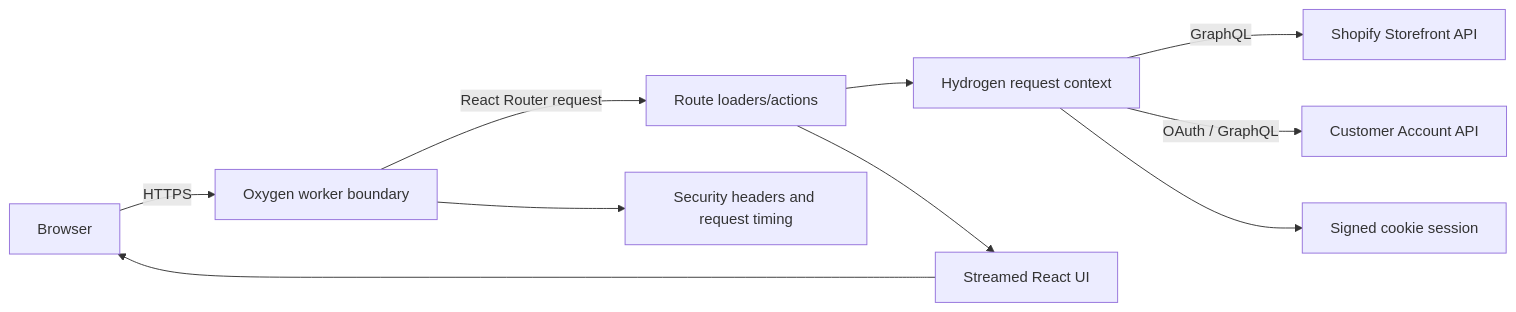
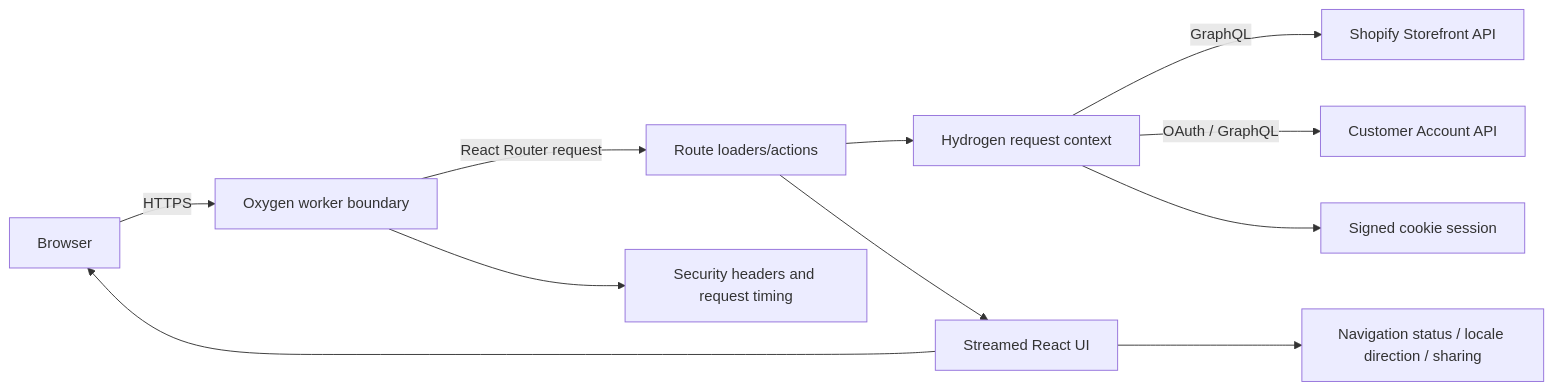
Before and after one commit to YASLOGIST/as-store-v1yas-frontend: the first of 5 diagrams in docs/ARCHITECTURE.md, drawn with Mermaid. The commit also changed other lines of this file and 17 other files, not shown here.

````diff
--- a/docs/ARCHITECTURE.md
+++ b/docs/ARCHITECTURE.md
@@ -7,12 +7,13 @@
 ```mermaid
 flowchart LR
   B[Browser] -->|HTTPS| W[Oxygen worker boundary]
   W -->|React Router request| R[Route loaders/actions]
   R --> C[Hydrogen request context]
   C -->|GraphQL| S[Shopify Storefront API]
   C -->|OAuth / GraphQL| A[Customer Account API]
   C --> SS[Signed cookie session]
   R --> UI[Streamed React UI]
   UI --> B
+  UI --> UX[Navigation status / locale direction / sharing]
   W --> H[Security headers and request timing]
 ```
````
